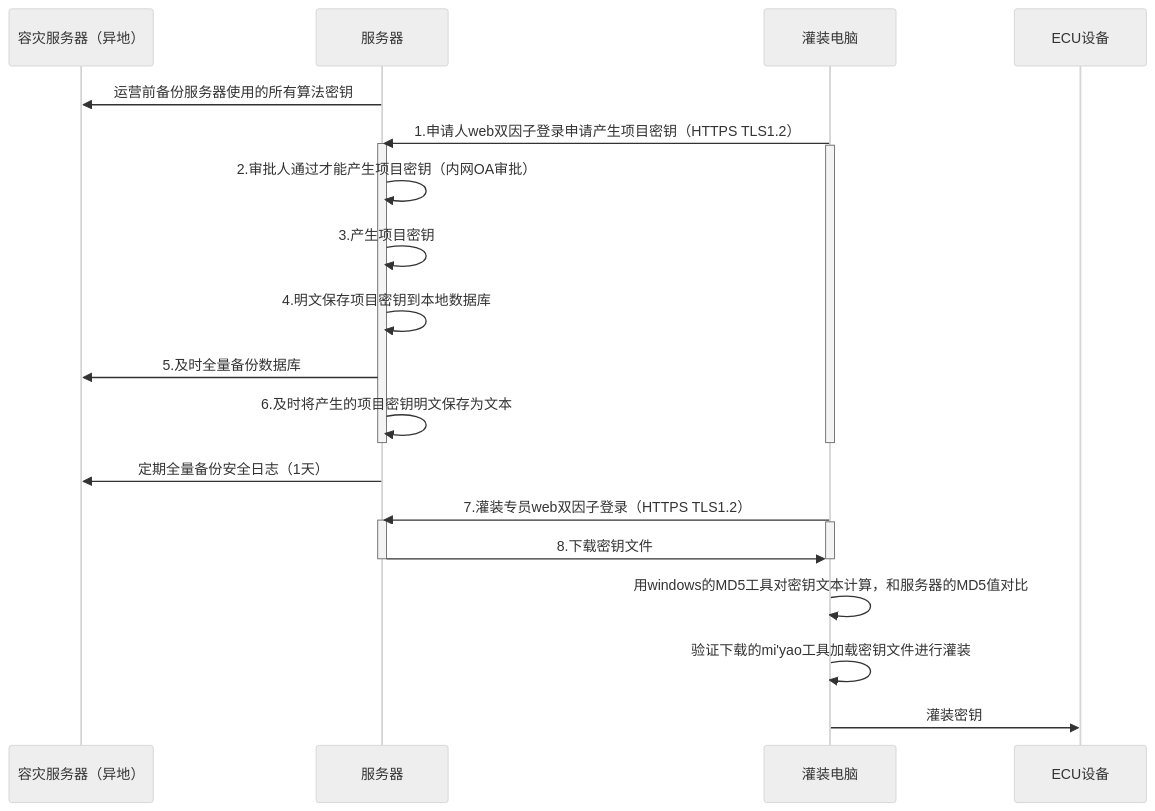
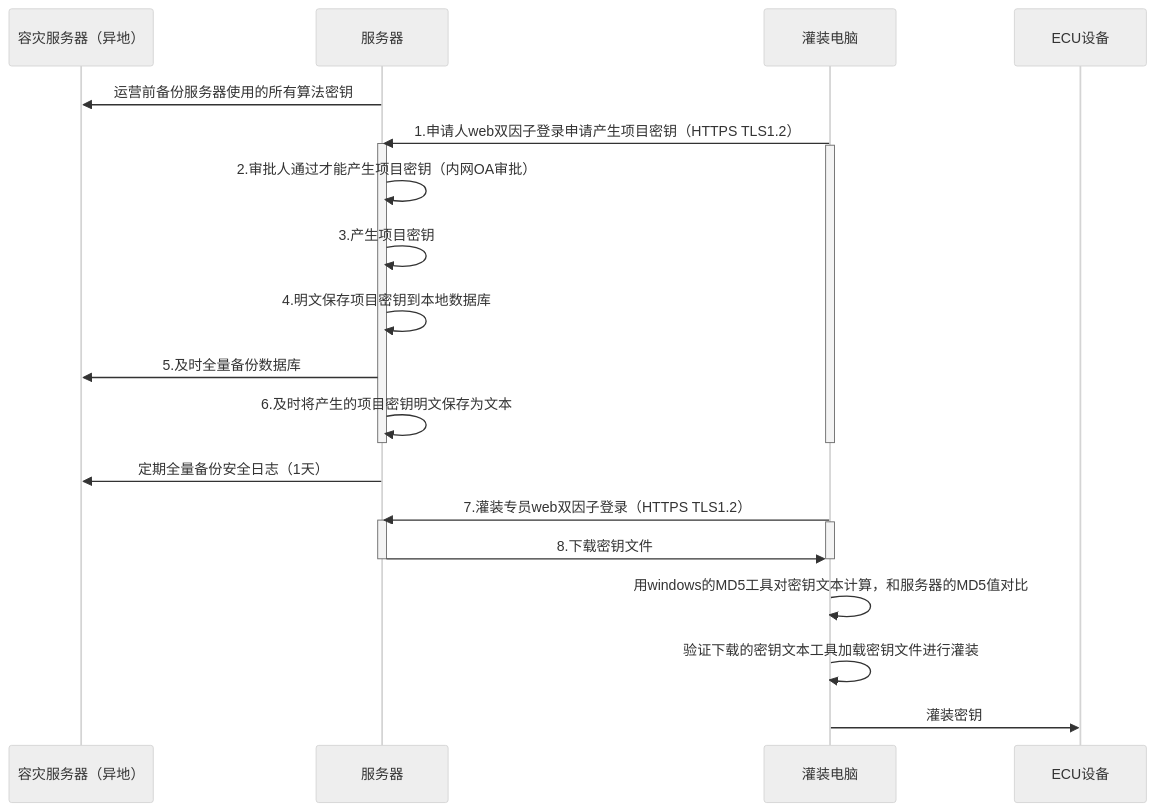
The diagram in all/未命名-17.md (facebook-cloud/iodraw-files), drawn with Mermaid (neutral theme) before and after one commit.

Commit message:
2026-03-05 20:56:06 update

````diff
--- a/all/未命名-17.md
+++ b/all/未命名-17.md
@@ -1,33 +1,33 @@
 ```mermaid
 sequenceDiagram
     participant A as 容灾服务器（异地）
     participant B as 服务器
     participant D as 灌装电脑
     participant E as ECU设备
 
     B->>A: 运营前备份服务器使用的所有算法密钥
     D->>B: 1.申请人web双因子登录申请产生项目密钥（HTTPS TLS1.2）
     activate B
     activate D
     B->>B: 2.审批人通过才能产生项目密钥（内网OA审批）
     B->>B: 3.产生项目密钥
     B->>B: 4.明文保存项目密钥到本地数据库
     B->>A: 5.及时全量备份数据库
     B->>B: 6.及时将产生的项目密钥明文保存为文本
     deactivate B
     deactivate D
 
     B->>A: 定期全量备份安全日志（1天）
     
     D->>B: 7.灌装专员web双因子登录（HTTPS TLS1.2）
     activate B
     activate D
     B->>D: 8.下载密钥文件
     deactivate B
     deactivate D
 
     D->>D:用windows的MD5工具对密钥文本计算，和服务器的MD5值对比
-    D->>D:验证下载的mi'yao工具加载密钥文件进行灌装
+    D->>D:验证下载的密钥文本工具加载密钥文件进行灌装
     
     D->>E: 灌装密钥
 ```
````
